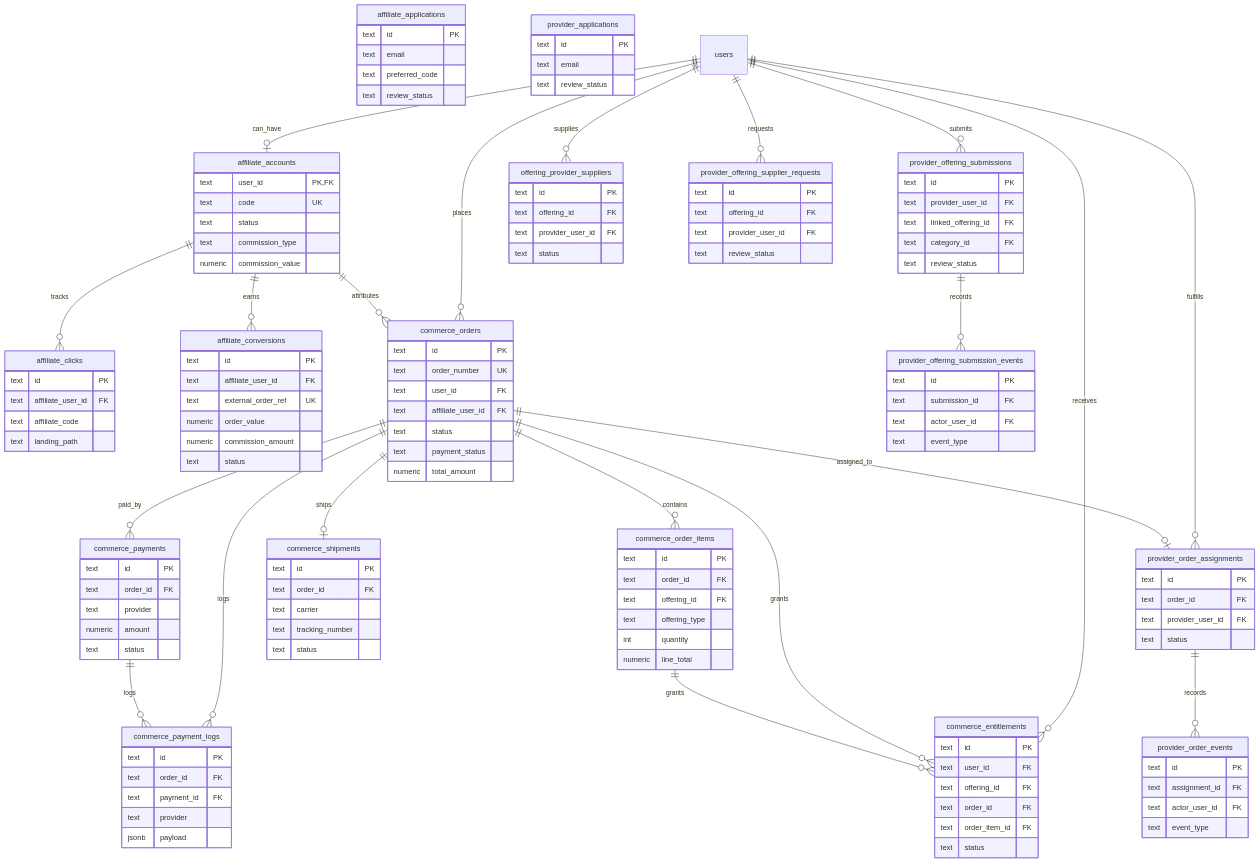
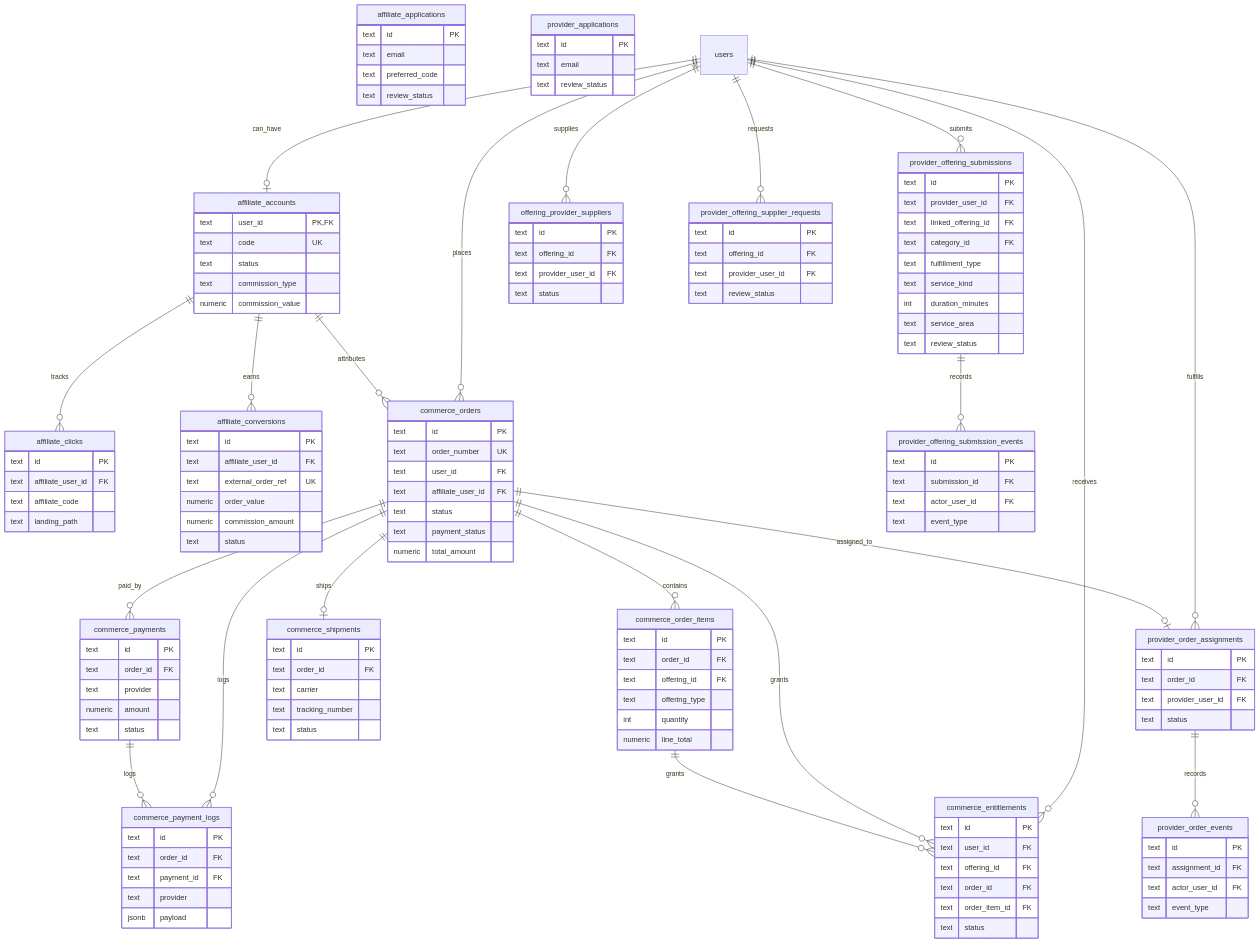
Before and after one commit to hoangpham2263/pinklove: the seventh of 8 diagrams in docs/schema.md, drawn with Mermaid. The commit also changed other lines of this file and 19 other files, not shown here.

```diff
--- a/docs/schema.md
+++ b/docs/schema.md
@@ -934,6 +939,10 @@
     text provider_user_id FK
     text linked_offering_id FK
     text category_id FK
+    text fulfillment_type
+    text service_kind
+    int duration_minutes
+    text service_area
     text review_status
   }
 
```
